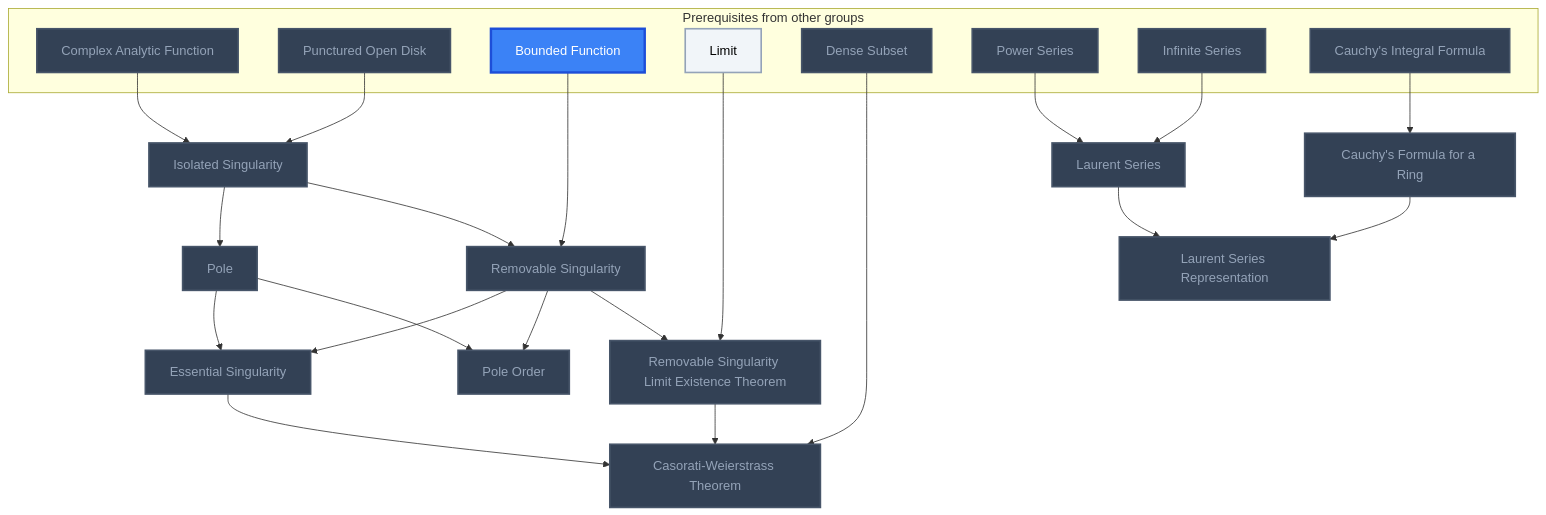
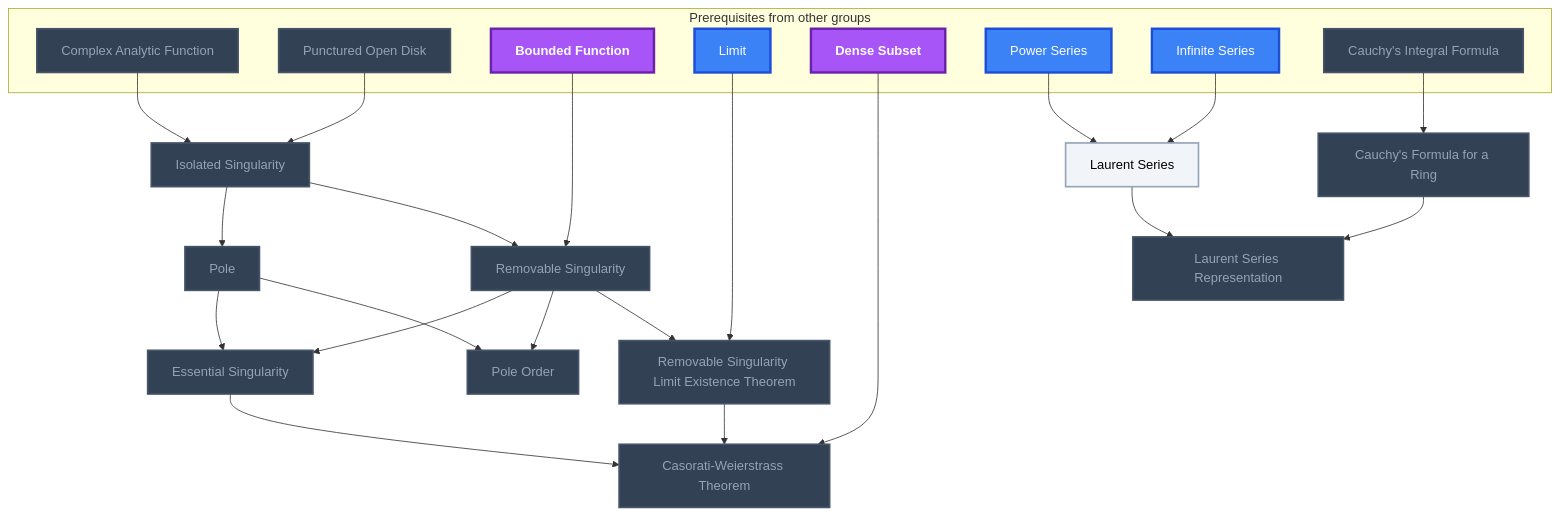
The tenth of 19 diagrams in Gamification/Skill Trees/Complex Analysis.md (MRauf1/My-Notes), drawn with Mermaid before and after one commit. The commit also changed other lines of this file and 145 other files, not shown here.

````diff
--- a/Gamification/Skill Trees/Complex Analysis.md
+++ b/Gamification/Skill Trees/Complex Analysis.md
@@ -416,55 +427,56 @@
 ```mermaid
 flowchart TD
     classDef planned fill:#1E293B,stroke:#64748B,stroke-width:2px,stroke-dasharray:5 5,color:#94A3B8;
     classDef locked fill:#334155,stroke:#475569,stroke-width:2px,color:#94A3B8;
     classDef L0 fill:#F1F5F9,stroke:#94A3B8,stroke-width:2px,color:#000000;
     classDef L1 fill:#22C55E,stroke:#15803D,stroke-width:2px,color:#000000;
     classDef L2 fill:#3B82F6,stroke:#1D4ED8,stroke-width:3px,color:#FFFFFF;
     classDef L3 fill:#A855F7,stroke:#6B21A8,stroke-width:3px,color:#FFFFFF,font-weight:bold;
     classDef L4 fill:#F97316,stroke:#C2410C,stroke-width:4px,color:#000000,font-weight:bold;
     classDef L5 fill:#FFD700,stroke:#FF8C00,stroke-width:5px,color:#000000,font-weight:bold;
     classDef rusty stroke:#8B4513,stroke-width:4px,stroke-dasharray:3 3;
     subgraph sg_prereqs["Prerequisites from other groups"]
         n_complex_analytic_function["Complex Analytic Function"]
         n_punctured_open_disk["Punctured Open Disk"]
         n_bounded_function["Bounded Function"]
         n_limit["Limit"]
         n_dense_subset["Dense Subset"]
         n_power_series["Power Series"]
         n_infinite_series["Infinite Series"]
         n_cauchy_s_integral_formula["Cauchy's Integral Formula"]
     end
     n_isolated_singularity["Isolated Singularity"]
     n_removable_singularity["Removable Singularity"]
     n_removable_singularity_limit_existence_theorem["Removable Singularity Limit Existence Theorem"]
     n_pole["Pole"]
     n_pole_order["Pole Order"]
     n_essential_singularity["Essential Singularity"]
     n_casorati_weierstrass_theorem["Casorati-Weierstrass Theorem"]
     n_laurent_series["Laurent Series"]
     n_cauchy_s_formula_for_a_ring["Cauchy's Formula for a Ring"]
     n_laurent_series_representation["Laurent Series Representation"]
     n_complex_analytic_function --> n_isolated_singularity
     n_punctured_open_disk --> n_isolated_singularity
     n_isolated_singularity --> n_removable_singularity
     n_bounded_function --> n_removable_singularity
     n_removable_singularity --> n_removable_singularity_limit_existence_theorem
     n_limit --> n_removable_singularity_limit_existence_theorem
     n_isolated_singularity --> n_pole
     n_pole --> n_pole_order
     n_removable_singularity --> n_pole_order
     n_removable_singularity --> n_essential_singularity
     n_pole --> n_essential_singularity
     n_essential_singularity --> n_casorati_weierstrass_theorem
     n_removable_singularity_limit_existence_theorem --> n_casorati_weierstrass_theorem
     n_dense_subset --> n_casorati_weierstrass_theorem
     n_power_series --> n_laurent_series
     n_infinite_series --> n_laurent_series
     n_cauchy_s_integral_formula --> n_cauchy_s_formula_for_a_ring
     n_laurent_series --> n_laurent_series_representation
     n_cauchy_s_formula_for_a_ring --> n_laurent_series_representation
-    class n_complex_analytic_function,n_punctured_open_disk,n_dense_subset,n_power_series,n_infinite_series,n_cauchy_s_integral_formula,n_isolated_singularity,n_removable_singularity,n_removable_singularity_limit_existence_theorem,n_pole,n_pole_order,n_essential_singularity,n_casorati_weierstrass_theorem,n_laurent_series,n_cauchy_s_formula_for_a_ring,n_laurent_series_representation locked;
-    class n_limit L0;
-    class n_bounded_function L2;
+    class n_complex_analytic_function,n_punctured_open_disk,n_cauchy_s_integral_formula,n_isolated_singularity,n_removable_singularity,n_removable_singularity_limit_existence_theorem,n_pole,n_pole_order,n_essential_singularity,n_casorati_weierstrass_theorem,n_cauchy_s_formula_for_a_ring,n_laurent_series_representation locked;
+    class n_laurent_series L0;
+    class n_limit,n_power_series,n_infinite_series L2;
+    class n_bounded_function,n_dense_subset L3;
     class n_complex_analytic_function,n_punctured_open_disk,n_bounded_function,n_limit,n_dense_subset,n_power_series,n_infinite_series,n_cauchy_s_integral_formula,n_isolated_singularity,n_removable_singularity,n_removable_singularity_limit_existence_theorem,n_pole,n_pole_order,n_essential_singularity,n_casorati_weierstrass_theorem,n_laurent_series,n_cauchy_s_formula_for_a_ring,n_laurent_series_representation internal-link;
 ```
````
